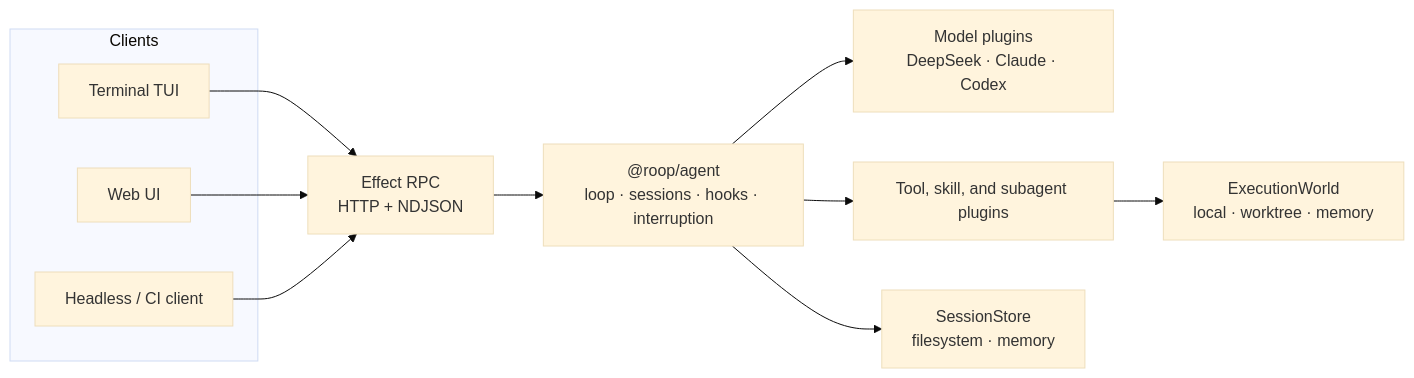
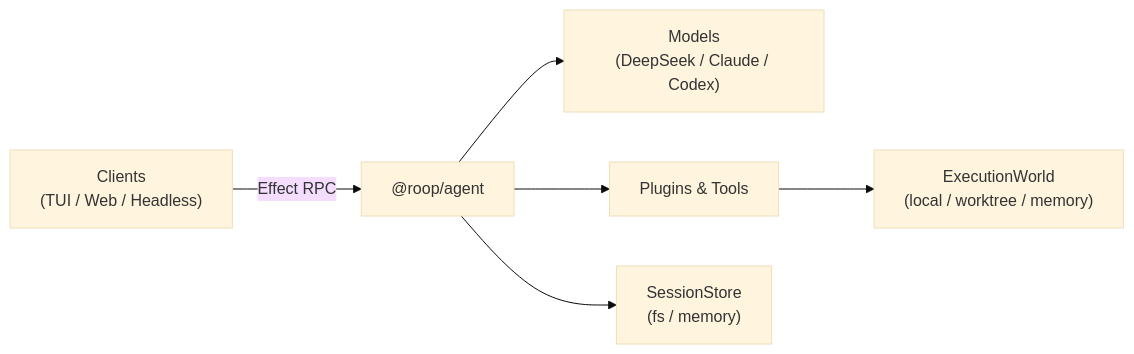
One commit to saiashirwad/roop changed the diagram in README.md. Above: the diagram before and after it, drawn with Mermaid (base theme). The commit also changed other lines of this file, not shown here.

````diff
--- a/README.md
+++ b/README.md
@@ -90,24 +50,8 @@
 ```mermaid
 flowchart LR
-    subgraph Clients["Clients"]
-        TUI["Terminal TUI"]
-        Web["Web UI"]
-        Headless["Headless / CI client"]
-    end
-
-    RPC["Effect RPC<br/>HTTP + NDJSON"]
-    Agent["@roop/agent<br/>loop · sessions · hooks · interruption"]
-    Models["Model plugins<br/>DeepSeek · Claude · Codex"]
-    Extensions["Tool, skill, and subagent plugins"]
-    Store["SessionStore<br/>filesystem · memory"]
-    World["ExecutionWorld<br/>local · worktree · memory"]
-
-    TUI --> RPC
-    Web --> RPC
-    Headless --> RPC
-    RPC --> Agent
-    Agent --> Models
-    Agent --> Extensions
-    Agent --> Store
-    Extensions --> World
+    Client["Clients\n(TUI / Web / Headless)"] -->|Effect RPC| Agent["@roop/agent"]
+    Agent --> Models["Models\n(DeepSeek / Claude / Codex)"]
+    Agent --> Plugins["Plugins & Tools"]
+    Agent --> Store["SessionStore\n(fs / memory)"]
+    Plugins --> World["ExecutionWorld\n(local / worktree / memory)"]
 ```
````
